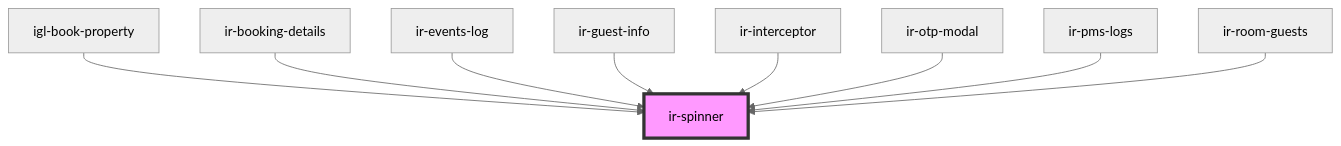
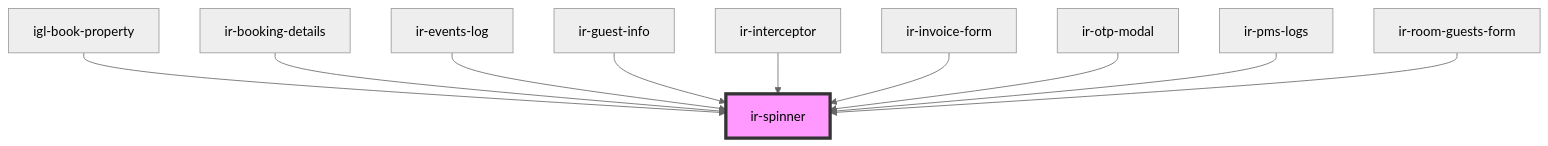
One commit to David1Chowaifaty/modified-ir-webcmp changed the diagram in src/components/ui/ir-spinner/readme.md. Above: the diagram before and after it, drawn with Mermaid (neutral theme). The commit also changed other lines of this file and 35 other files, not shown here.

First line of the commit message:
Add InvoicableItemType and update InvoicableItemSchema for type safety

````diff
--- a/src/components/ui/ir-spinner/readme.md
+++ b/src/components/ui/ir-spinner/readme.md
@@ -32,12 +33,13 @@
 ```mermaid
 graph TD;
   igl-book-property --> ir-spinner
   ir-booking-details --> ir-spinner
   ir-events-log --> ir-spinner
   ir-guest-info --> ir-spinner
   ir-interceptor --> ir-spinner
+  ir-invoice-form --> ir-spinner
   ir-otp-modal --> ir-spinner
   ir-pms-logs --> ir-spinner
-  ir-room-guests --> ir-spinner
+  ir-room-guests-form --> ir-spinner
   style ir-spinner fill:#f9f,stroke:#333,stroke-width:4px
 ```
````
